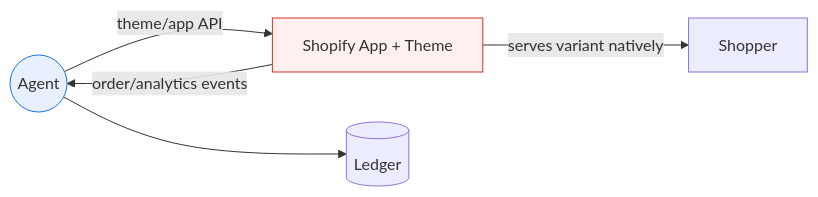
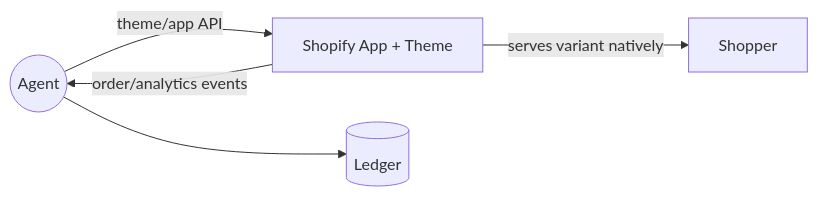
Before and after one commit to omars-lab/omars-lab.github.io: the eighth of 15 diagrams in bytesofpurpose-blog/designs/2026-06-22-self-healing-storefront.mdx, drawn with Mermaid. The commit also changed other lines of this file and 6 other files, not shown here.

First line of the commit message:
feat(designs): on-brand mermaid theme + dark-mode-adaptive diagrams

````diff
--- a/bytesofpurpose-blog/designs/2026-06-22-self-healing-storefront.mdx
+++ b/bytesofpurpose-blog/designs/2026-06-22-self-healing-storefront.mdx
@@ -515,9 +495,7 @@
 ```mermaid
 graph LR
     AGENT((Agent)) -->|theme/app API| SHOPIFY[Shopify App + Theme]
     SHOPIFY -->|serves variant natively| VISITOR[Shopper]
     SHOPIFY -->|order/analytics events| AGENT
     AGENT --> LEDGER[(Ledger)]
-    style AGENT fill:#e8f0fe,stroke:#1a73e8
-    style SHOPIFY fill:#fff0f0,stroke:#d93025
 ```
````
